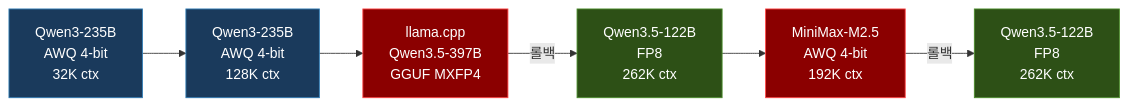
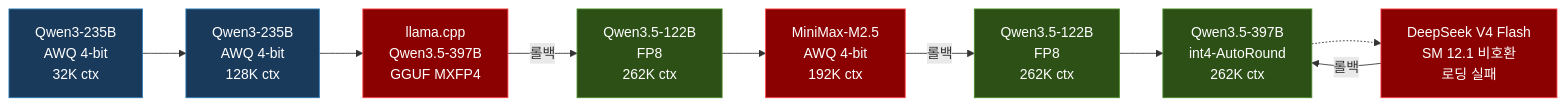
Before and after one commit to whguswka/whguswka.github.io: the diagram in _posts/2026-03-25-llm-serving-models.md, drawn with Mermaid. The commit also changed other lines of this file, not shown here.

Commit message:
llm-serving: excerpt·개요·타임라인 다이어그램을 8단계+397B int4로 최신화

````diff
--- a/_posts/2026-03-25-llm-serving-models.md
+++ b/_posts/2026-03-25-llm-serving-models.md
@@ -27,15 +27,20 @@
 ```mermaid
 graph LR
     A["Qwen3-235B<br/>AWQ 4-bit<br/>32K ctx"] --> B["Qwen3-235B<br/>AWQ 4-bit<br/>128K ctx"]
     B --> C["llama.cpp<br/>Qwen3.5-397B<br/>GGUF MXFP4"]
     C -->|롤백| D["Qwen3.5-122B<br/>FP8<br/>262K ctx"]
     D --> E["MiniMax-M2.5<br/>AWQ 4-bit<br/>192K ctx"]
     E -->|롤백| F["Qwen3.5-122B<br/>FP8<br/>262K ctx"]
+    F --> G["Qwen3.5-397B<br/>int4-AutoRound<br/>262K ctx"]
+    G -.-> H["DeepSeek V4 Flash<br/>SM 12.1 비호환<br/>로딩 실패"]
+    H -->|롤백| G
     
     style A fill:#1a3a5c,stroke:#2e7bb5,color:#fff
     style B fill:#1a3a5c,stroke:#2e7bb5,color:#fff
     style C fill:#8b0000,stroke:#ff4444,color:#fff
     style D fill:#2d5016,stroke:#4a8c2a,color:#fff
     style E fill:#8b0000,stroke:#ff4444,color:#fff
     style F fill:#2d5016,stroke:#4a8c2a,color:#fff
+    style G fill:#2d5016,stroke:#4a8c2a,color:#fff
+    style H fill:#8b0000,stroke:#ff4444,color:#fff
 ```
````
